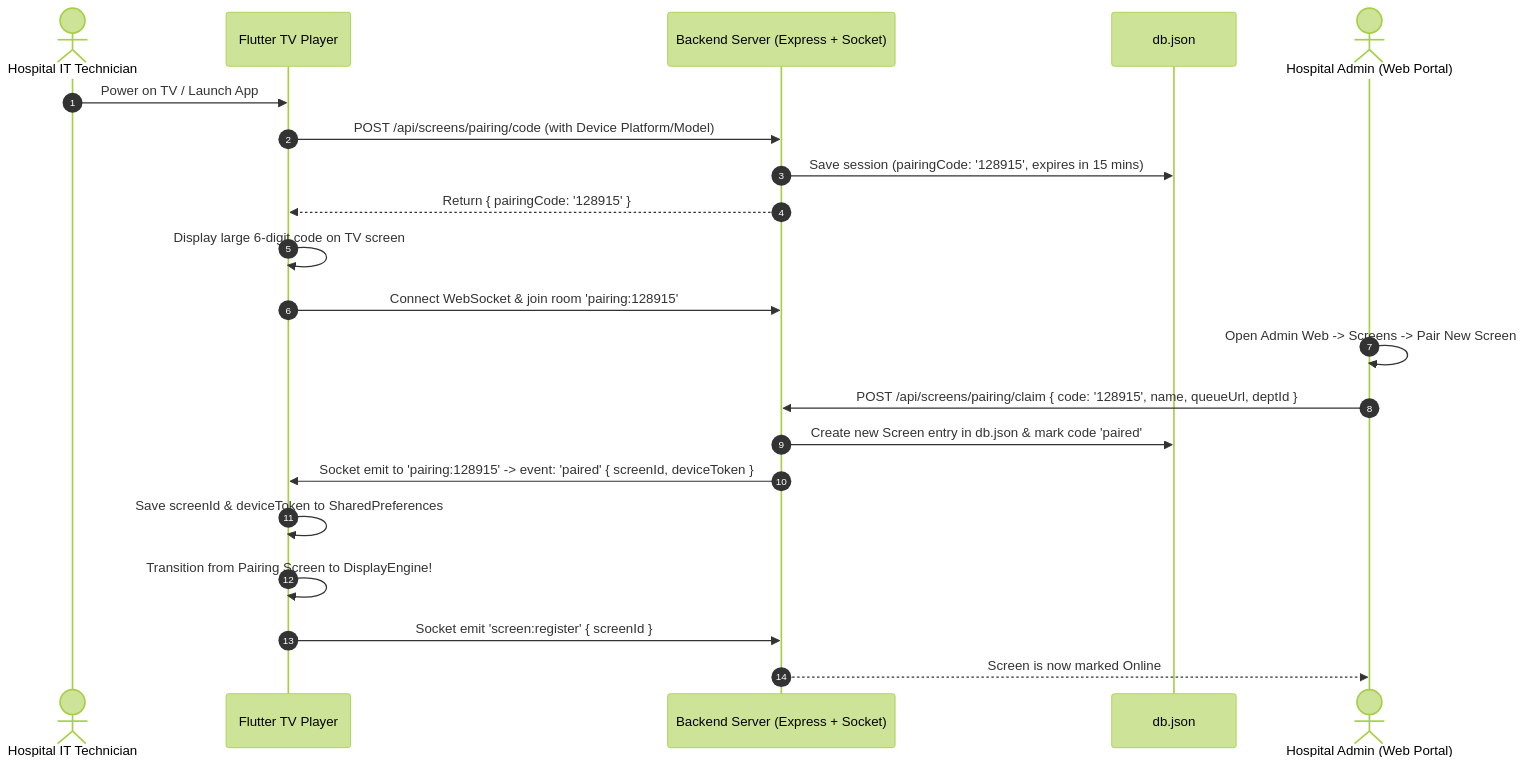
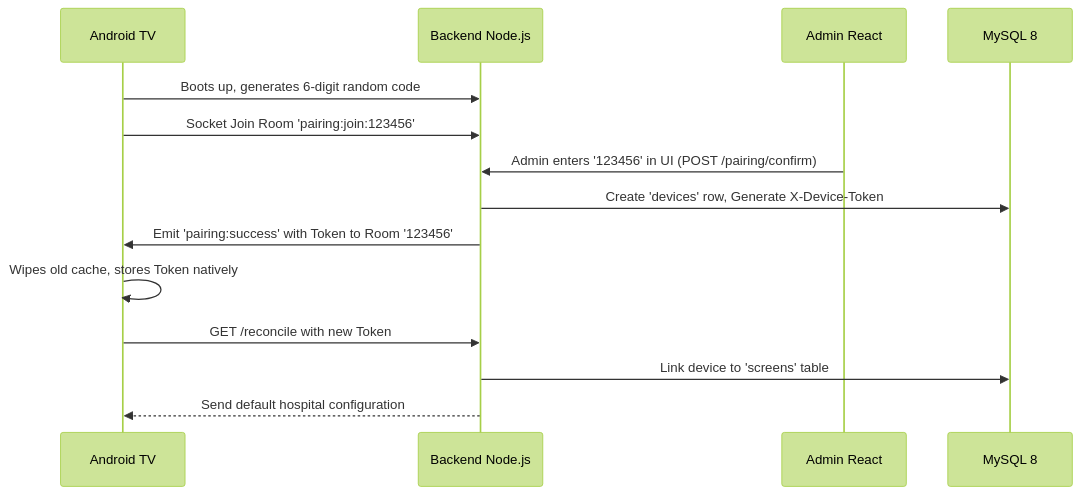
One commit to Rajkumar1813/JJM changed the second of 3 diagrams in SYSTEM_ARCHITECTURE_AND_FLOW.md. Above: the diagram before and after it, drawn with Mermaid (forest theme). The commit also changed other lines of this file and 85 other files, not shown here.

````diff
--- a/SYSTEM_ARCHITECTURE_AND_FLOW.md
+++ b/SYSTEM_ARCHITECTURE_AND_FLOW.md
@@ -188,25 +46,19 @@
 ```mermaid
 sequenceDiagram
-    autonumber
-    actor Tech as Hospital IT Technician
-    participant TV as Flutter TV Player
-    participant BE as Backend Server (Express + Socket)
-    participant DB as db.json
-    actor Admin as Hospital Admin (Web Portal)
-
-    Tech->>TV: Power on TV / Launch App
-    TV->>BE: POST /api/screens/pairing/code (with Device Platform/Model)
-    BE->>DB: Save session (pairingCode: '128915', expires in 15 mins)
-    BE-->>TV: Return { pairingCode: '128915' }
-    TV->>TV: Display large 6-digit code on TV screen
-    TV->>BE: Connect WebSocket & join room 'pairing:128915'
-
-    Admin->>Admin: Open Admin Web -> Screens -> Pair New Screen
-    Admin->>BE: POST /api/screens/pairing/claim { code: '128915', name, queueUrl, deptId }
-    BE->>DB: Create new Screen entry in db.json & mark code 'paired'
-    BE->>TV: Socket emit to 'pairing:128915' -> event: 'paired' { screenId, deviceToken }
-    TV->>TV: Save screenId & deviceToken to SharedPreferences
-    TV->>TV: Transition from Pairing Screen to DisplayEngine!
-    TV->>BE: Socket emit 'screen:register' { screenId }
-    BE-->>Admin: Screen is now marked Online
+    participant TV as Android TV
+    participant API as Backend Node.js
+    participant UI as Admin React
+    participant DB as MySQL 8
+    
+    TV->>API: Boots up, generates 6-digit random code
+    TV->>API: Socket Join Room 'pairing:join:123456'
+    
+    UI->>API: Admin enters '123456' in UI (POST /pairing/confirm)
+    API->>DB: Create 'devices' row, Generate X-Device-Token
+    API->>TV: Emit 'pairing:success' with Token to Room '123456'
+    
+    TV->>TV: Wipes old cache, stores Token natively
+    TV->>API: GET /reconcile with new Token
+    API->>DB: Link device to 'screens' table
+    API-->>TV: Send default hospital configuration
 ```
````
